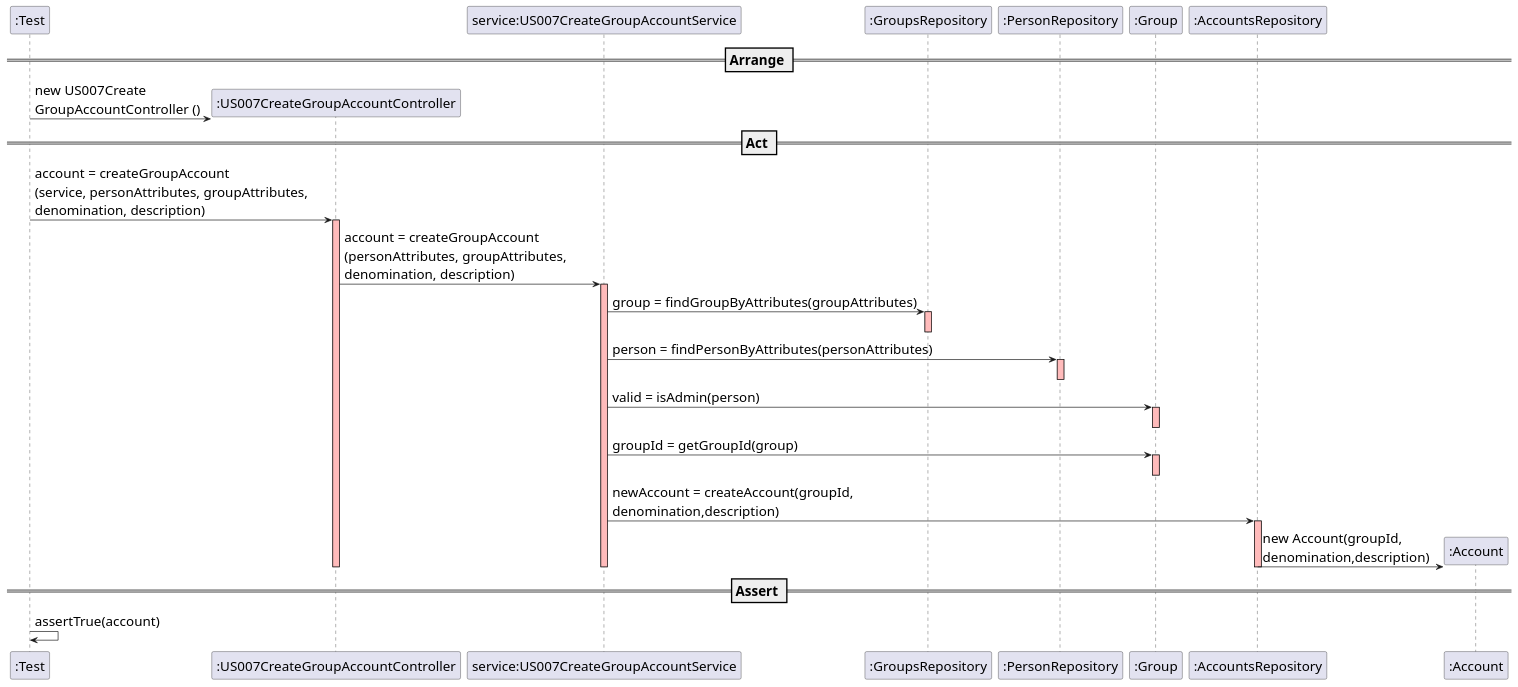
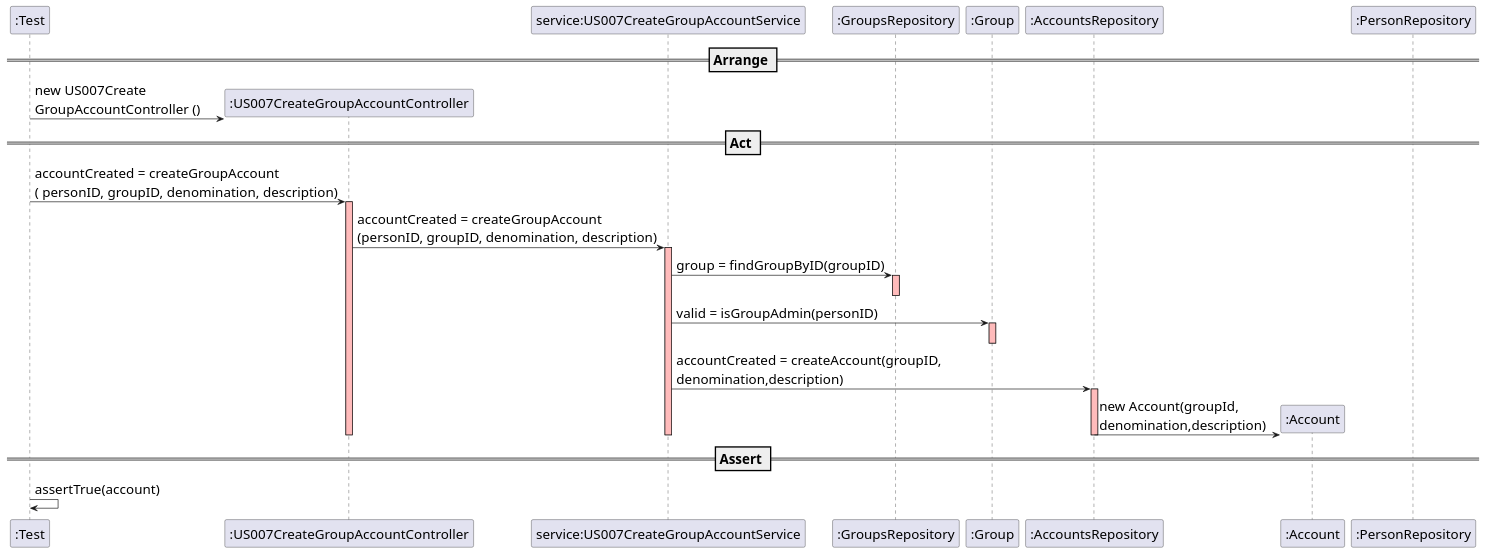
The diagram in src/main/java/switch2019/project/controllers/US007CreateGroupAccountSD.puml (mleitaoribeiro/DevOpsMaven), drawn with PlantUML before and after one commit. The commit also changed 4 other files, not shown here.

```diff
--- a/src/main/java/switch2019/project/controllers/US007CreateGroupAccountSD.puml
+++ b/src/main/java/switch2019/project/controllers/US007CreateGroupAccountSD.puml
@@ -1,50 +1,43 @@
 @startuml
 skinparam DefaultFontSize 20
 create ":Test"
 
 == Arrange ==
 create ":US007CreateGroupAccountController"
 ":Test" -> ":US007CreateGroupAccountController" : new US007Create\nGroupAccountController ()
 
 == Act ==
 
-":Test" -> ":US007CreateGroupAccountController" : account = createGroupAccount\n(service, personAttributes, groupAttributes, \ndenomination, description)
+":Test" -> ":US007CreateGroupAccountController" : accountCreated = createGroupAccount\n( personID, groupID, denomination, description)
 activate ":US007CreateGroupAccountController"  #FFBBBB
 
-":US007CreateGroupAccountController" -> "service:US007CreateGroupAccountService" : account = createGroupAccount\n(personAttributes, groupAttributes, \ndenomination, description)
+":US007CreateGroupAccountController" -> "service:US007CreateGroupAccountService" : accountCreated = createGroupAccount\n(personID, groupID, denomination, description)
 activate "service:US007CreateGroupAccountService"  #FFBBBB
 
-"service:US007CreateGroupAccountService" -> ":GroupsRepository" : group = findGroupByAttributes(groupAttributes)
+"service:US007CreateGroupAccountService" -> ":GroupsRepository" : group = findGroupByID(groupID)
 activate ":GroupsRepository"  #FFBBBB
 deactivate ":GroupsRepository"  #FFBBBB
 
-"service:US007CreateGroupAccountService" -> ":PersonRepository" : person = findPersonByAttributes(personAttributes)
-activate ":PersonRepository" #FFBBBB
-deactivate ":PersonRepository" #FFBBBB
-
-"service:US007CreateGroupAccountService" -> ":Group" : valid = isAdmin(person)
+"service:US007CreateGroupAccountService" -> ":Group" : valid = isGroupAdmin(personID)
 activate ":Group" #FFBBBB
 deactivate ":Group" #FFBBBB
 
-"service:US007CreateGroupAccountService" -> ":Group" : groupId = getGroupId(group)
-activate ":Group" #FFBBBB
-deactivate ":Group" #FFBBBB
 
-"service:US007CreateGroupAccountService" -> ":AccountsRepository" : newAccount = createAccount(groupId, \ndenomination,description)
+"service:US007CreateGroupAccountService" -> ":AccountsRepository" : accountCreated = createAccount(groupID, \ndenomination,description)
 activate ":AccountsRepository" #FFBBBB
 
 create ":Account"
 ":AccountsRepository" -> ":Account" : new Account(groupId, \ndenomination,description)
 
 deactivate ":AccountsRepository" #FFBBBB
 deactivate ":Group" #FFBBBB
 deactivate ":PersonRepository" #FFBBBB
 deactivate ":GroupsRepository" #FFBBBB
 deactivate "service:US007CreateGroupAccountService"  #FFBBBB
 deactivate ":US007CreateGroupAccountController" #FFBBBB
 
 == Assert ==
 
 ":Test" -> ":Test" : assertTrue(account)
 
 @enduml
```
